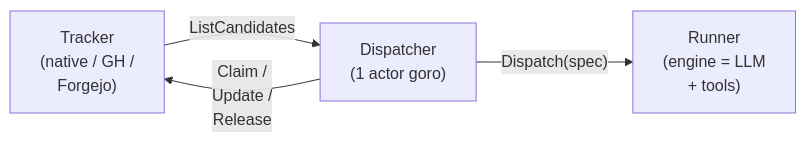
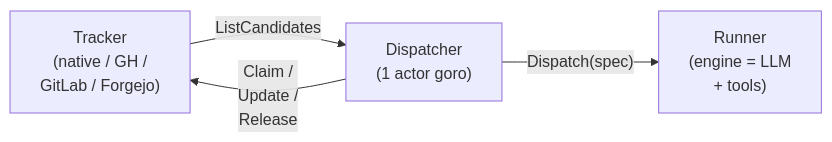
The first of 2 diagrams in docs/dispatcher.md (SocialGouv/iterion), drawn with Mermaid before and after one commit. The commit also changed other lines of this file and 1 other file, not shown here.

First line of the commit message:
docs(dispatcher): GitLab tracker + issue comments + --bot/--bot-arg flags

````diff
--- a/docs/dispatcher.md
+++ b/docs/dispatcher.md
@@ -105,10 +105,10 @@
 ```mermaid
 flowchart LR
-  TRK["Tracker<br/>(native / GH /<br/>Forgejo)"]
+  TRK["Tracker<br/>(native / GH /<br/>GitLab / Forgejo)"]
   DSP["Dispatcher<br/>(1 actor goro)"]
   RUN["Runner<br/>(engine = LLM<br/>+ tools)"]
 
   TRK -- "ListCandidates" --> DSP
   DSP -- "Claim /<br/>Update /<br/>Release" --> TRK
   DSP -- "Dispatch(spec)" --> RUN
 ```
````
